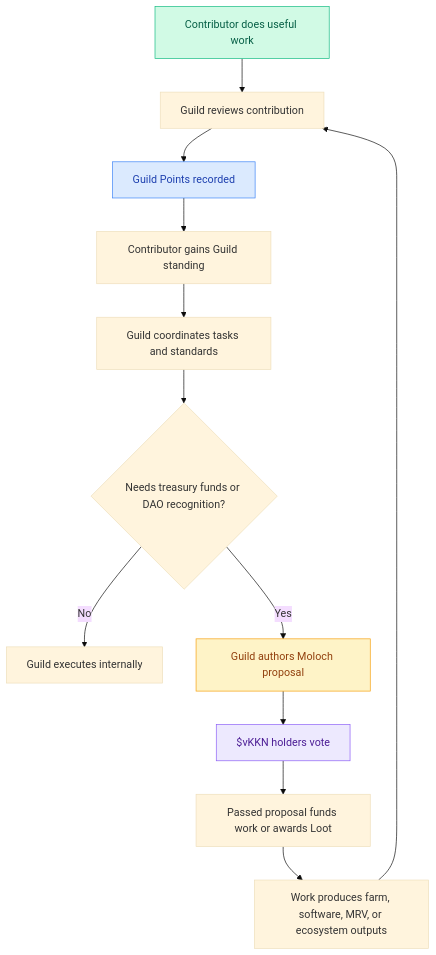
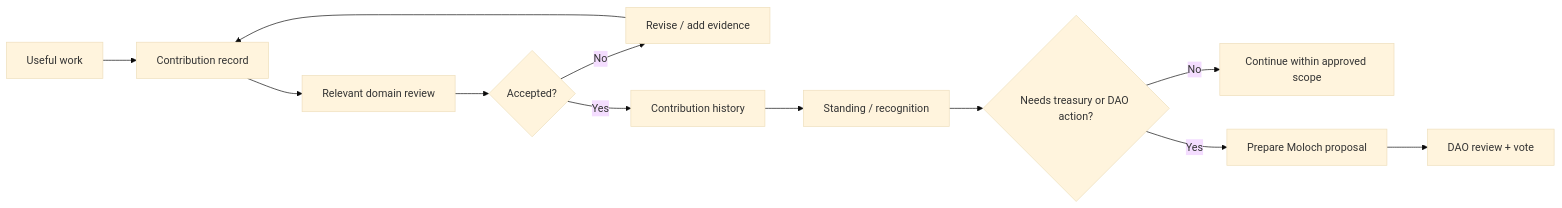
One commit to wasalo/Kokonut-Public-Site changed the first of 3 diagrams in ecosystem-wiki/the-kokonut-dao/kokonut-guilds-dao.mdx. Above: the diagram before and after it, drawn with Mermaid (base theme). The commit also changed other lines of this file, not shown here.

Commit message:
docs(kokonut-dao): improve Guild contribution governance

````diff
--- a/ecosystem-wiki/the-kokonut-dao/kokonut-guilds-dao.mdx
+++ b/ecosystem-wiki/the-kokonut-dao/kokonut-guilds-dao.mdx
@@ -273,19 +115,18 @@
 ```mermaid
-flowchart TD
-    A["Contributor does useful work"] --> B["Guild reviews contribution"]
-    B --> C["Guild Points recorded"]
-    C --> D["Contributor gains Guild standing"]
-    D --> E["Guild coordinates tasks and standards"]
-    E --> F{"Needs treasury funds or DAO recognition?"}
-    F -->|"No"| G["Guild executes internally"]
-    F -->|"Yes"| H["Guild authors Moloch proposal"]
-    H --> I["$vKKN holders vote"]
-    I --> J["Passed proposal funds work or awards Loot"]
-    J --> K["Work produces farm, software, MRV, or ecosystem outputs"]
-    K --> B
+flowchart LR
+    A["Useful work"] --> B["Contribution record"]
+    B --> C["Relevant domain review"]
+    C --> D{"Accepted?"}
 
-    style A fill:#d1fae5,stroke:#10b981,color:#065f46
-    style C fill:#dbeafe,stroke:#3b82f6,color:#1e40af
-    style H fill:#fef3c7,stroke:#f59e0b,color:#92400e
-    style I fill:#ede9fe,stroke:#8b5cf6,color:#4c1d95
+    D -->|"No"| E["Revise / add evidence"]
+    E --> B
+
+    D -->|"Yes"| F["Contribution history"]
+    F --> G["Standing / recognition"]
+
+    G --> H{"Needs treasury or DAO action?"}
+    H -->|"No"| I["Continue within approved scope"]
+    H -->|"Yes"| J["Prepare Moloch proposal"]
+
+    J --> K["DAO review + vote"]
 ```
````
